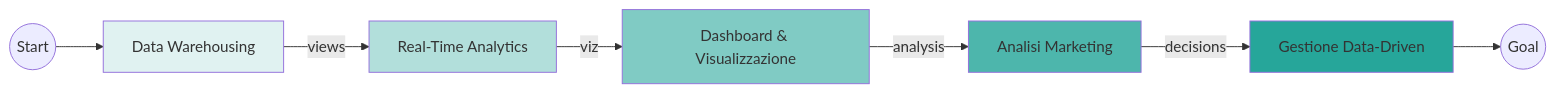
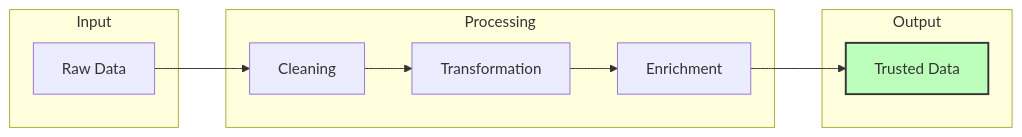
One commit to AndreyBertasini/gynnitech changed the second of 2 diagrams in src/content/corso/panoramica/mappe-concettuali.mdx. Above: the diagram before and after it, drawn with Mermaid. The commit also changed other lines of this file and 169 other files, not shown here.

````diff
--- a/src/content/corso/panoramica/mappe-concettuali.mdx
+++ b/src/content/corso/panoramica/mappe-concettuali.mdx
@@ -208,15 +85,16 @@
 ```mermaid
 flowchart LR
-    START((Start)) --> A[Data Warehousing]
-    A -->|views| B[Real-Time Analytics]
-    B -->|viz| C[Dashboard & Visualizzazione]
-    C -->|analysis| D[Analisi Marketing]
-    D -->|decisions| E[Gestione Data-Driven]
-    E --> END((Goal))
-
-    style A fill:#e0f2f1
-    style B fill:#b2dfdb
-    style C fill:#80cbc4
-    style D fill:#4db6ac
-    style E fill:#26a69a
+    subgraph Input
+    A[Raw Data]
+    end
+    subgraph Processing
+    B[Cleaning] --> C[Transformation]
+    C --> D[Enrichment]
+    end
+    subgraph Output
+    E[Trusted Data]
+    end
+    A --> B
+    D --> E
+    style E fill:#bfb,stroke:#333,stroke-width:2px
 ```
````
